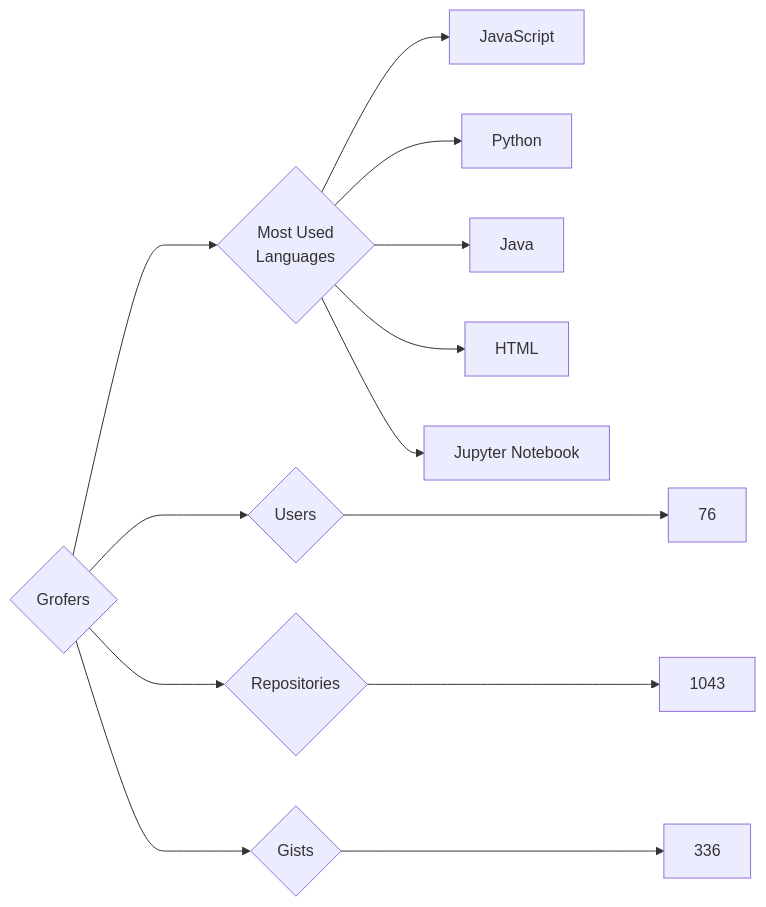
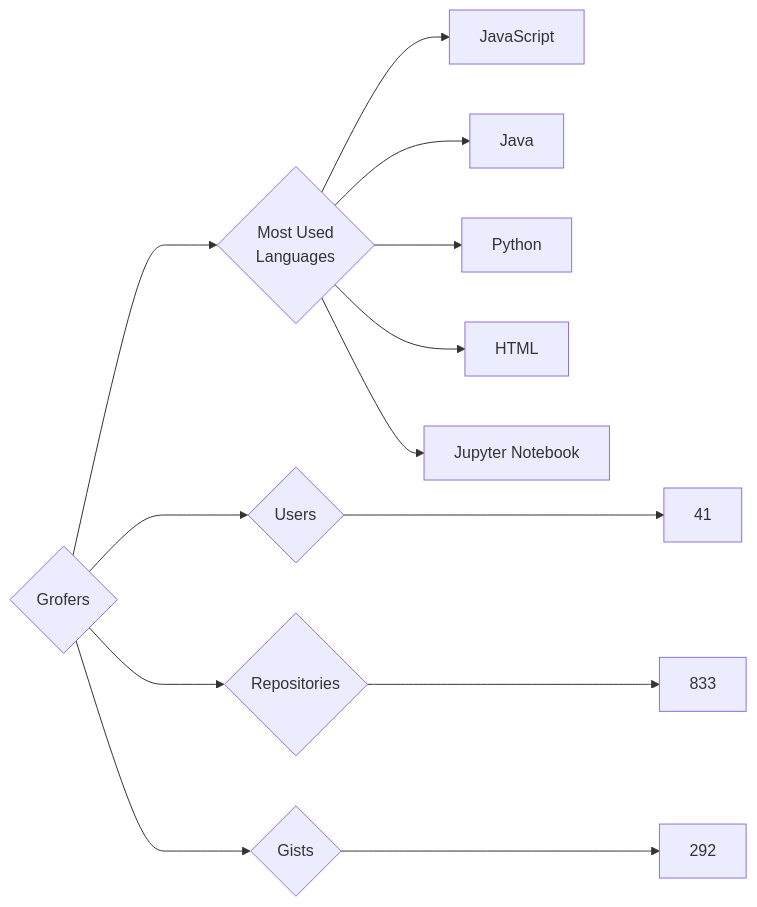
The diagram in targets/Grofers/README.md (trickest/insiders), drawn with Mermaid before and after one commit. The commit also changed 932 other files, not shown here.

````diff
--- a/targets/Grofers/README.md
+++ b/targets/Grofers/README.md
@@ -3,13 +3,13 @@
 ```mermaid
 graph LR
 COMPANY_NAME{Grofers}
-COMPANY_NAME ---> U{Users} ---> UN[76]
-COMPANY_NAME ---> R{Repositories} ---> RN[1043]
-COMPANY_NAME ---> G{Gists} ---> GN[336]
+COMPANY_NAME ---> U{Users} ---> UN[41]
+COMPANY_NAME ---> R{Repositories} ---> RN[833]
+COMPANY_NAME ---> G{Gists} ---> GN[292]
 COMPANY_NAME ---> ML{Most Used<br>Languages}
 ML --> JavaScript[JavaScript]
+ML --> Java[Java]
 ML --> Python[Python]
-ML --> Java[Java]
 ML --> HTML[HTML]
 ML --> Jupyter_Notebook[Jupyter Notebook]
 ```
````
